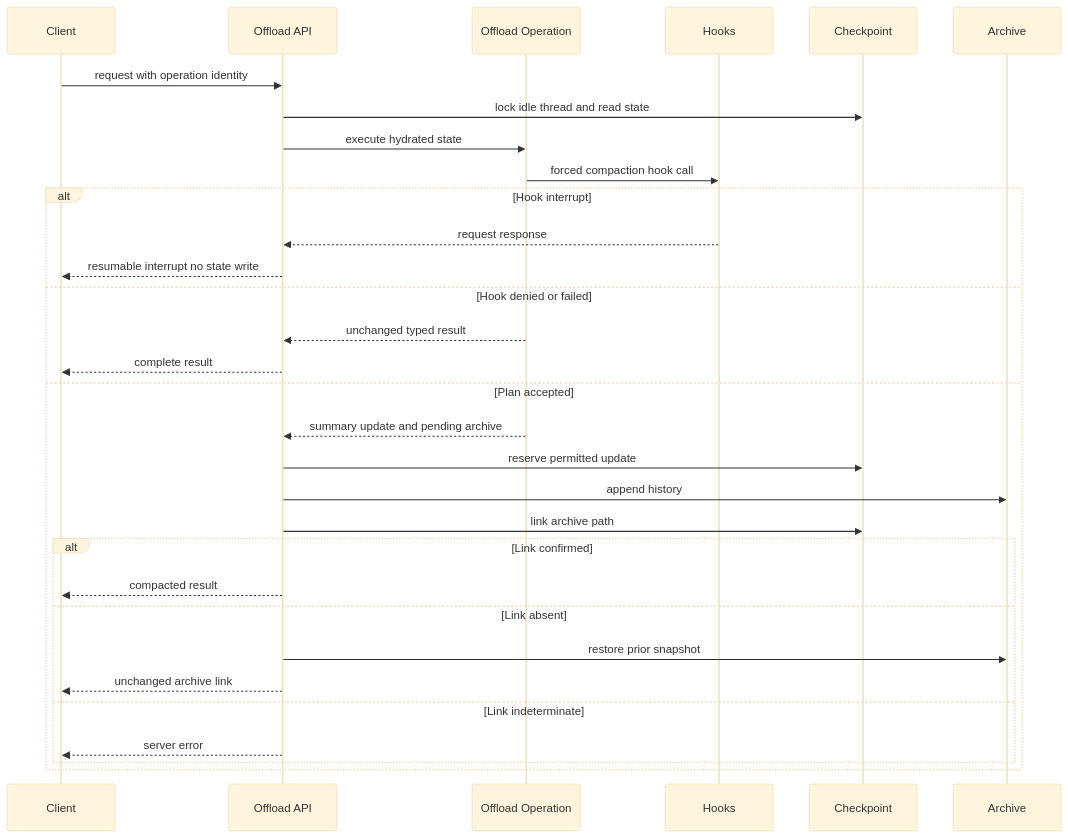
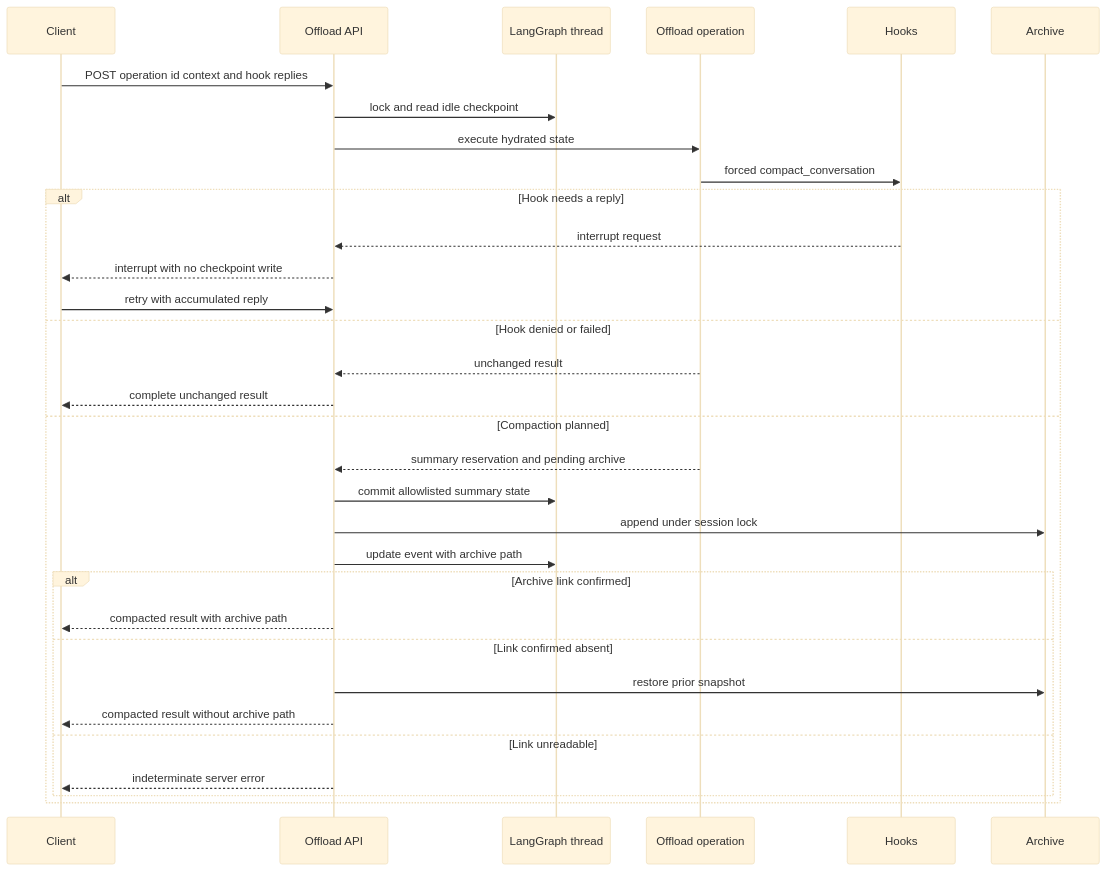
One commit to langchain-ai/deepagents changed the third of 3 diagrams in openwiki/concepts/context-management.md. Above: the diagram before and after it, drawn with Mermaid (base theme). The commit also changed other lines of this file and 28 other files, not shown here.

````diff
--- a/openwiki/concepts/context-management.md
+++ b/openwiki/concepts/context-management.md
@@ -157,33 +106,34 @@
 ```mermaid
 sequenceDiagram
     participant Client
     participant API as Offload API
-    participant Operation as Offload Operation
+    participant Thread as LangGraph thread
+    participant Operation as Offload operation
     participant Hooks
-    participant Checkpoint
     participant Archive
-    Client->>API: request with operation identity
-    API->>Checkpoint: lock idle thread and read state
+    Client->>API: POST operation id context and hook replies
+    API->>Thread: lock and read idle checkpoint
     API->>Operation: execute hydrated state
-    Operation->>Hooks: forced compaction hook call
-    alt Hook interrupt
-        Hooks-->>API: request response
-        API-->>Client: resumable interrupt no state write
+    Operation->>Hooks: forced compact_conversation
+    alt Hook needs a reply
+        Hooks-->>API: interrupt request
+        API-->>Client: interrupt with no checkpoint write
+        Client->>API: retry with accumulated reply
     else Hook denied or failed
-        Operation-->>API: unchanged typed result
-        API-->>Client: complete result
-    else Plan accepted
-        Operation-->>API: summary update and pending archive
-        API->>Checkpoint: reserve permitted update
-        API->>Archive: append history
-        API->>Checkpoint: link archive path
-        alt Link confirmed
-            API-->>Client: compacted result
-        else Link absent
+        Operation-->>API: unchanged result
+        API-->>Client: complete unchanged result
+    else Compaction planned
+        Operation-->>API: summary reservation and pending archive
+        API->>Thread: commit allowlisted summary state
+        API->>Archive: append under session lock
+        API->>Thread: update event with archive path
+        alt Archive link confirmed
+            API-->>Client: compacted result with archive path
+        else Link confirmed absent
             API->>Archive: restore prior snapshot
-            API-->>Client: unchanged archive link
-        else Link indeterminate
-            API-->>Client: server error
+            API-->>Client: compacted result without archive path
+        else Link unreadable
+            API-->>Client: indeterminate server error
         end
     end
 ```
````
